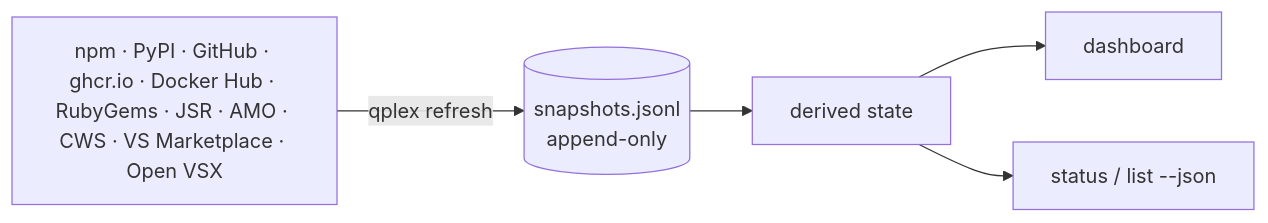
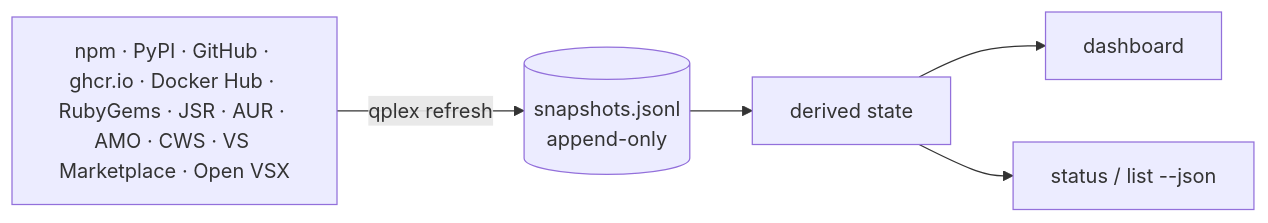
One commit to shbernal/quadraplex changed the diagram in README.md. Above: the diagram before and after it, drawn with Mermaid. The commit also changed other lines of this file and 27 other files, not shown here.

````diff
--- a/README.md
+++ b/README.md
@@ -114,7 +115,7 @@
 ```mermaid
 flowchart LR
-  R[npm · PyPI · GitHub · ghcr.io · Docker Hub · RubyGems · JSR · AMO · CWS · VS Marketplace · Open VSX] -->|qplex refresh| S[(snapshots.jsonl<br>append-only)]
+  R[npm · PyPI · GitHub · ghcr.io · Docker Hub · RubyGems · JSR · AUR · AMO · CWS · VS Marketplace · Open VSX] -->|qplex refresh| S[(snapshots.jsonl<br>append-only)]
   S --> D[derived state]
   D --> T[dashboard]
   D --> J[status / list --json]
 ```
````
